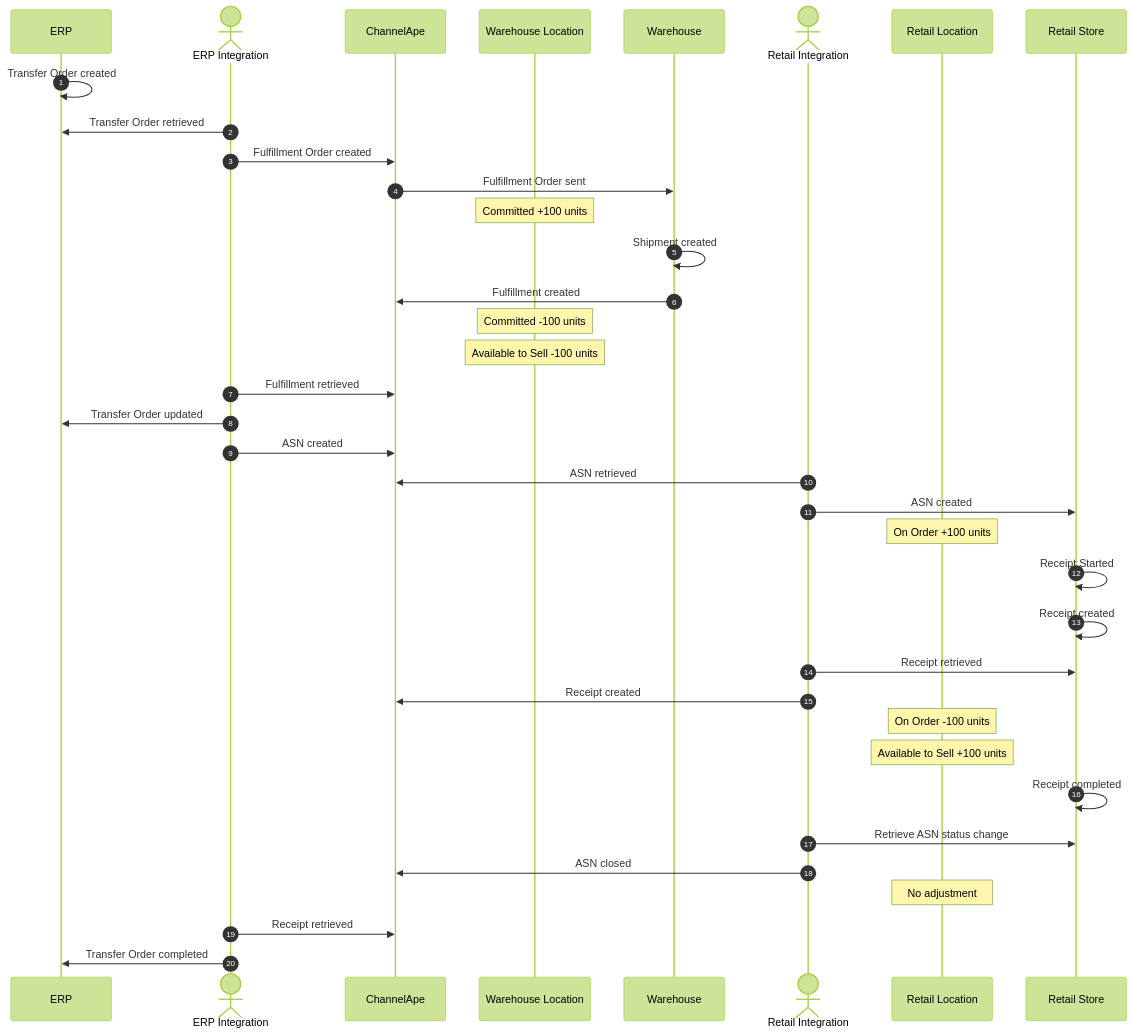
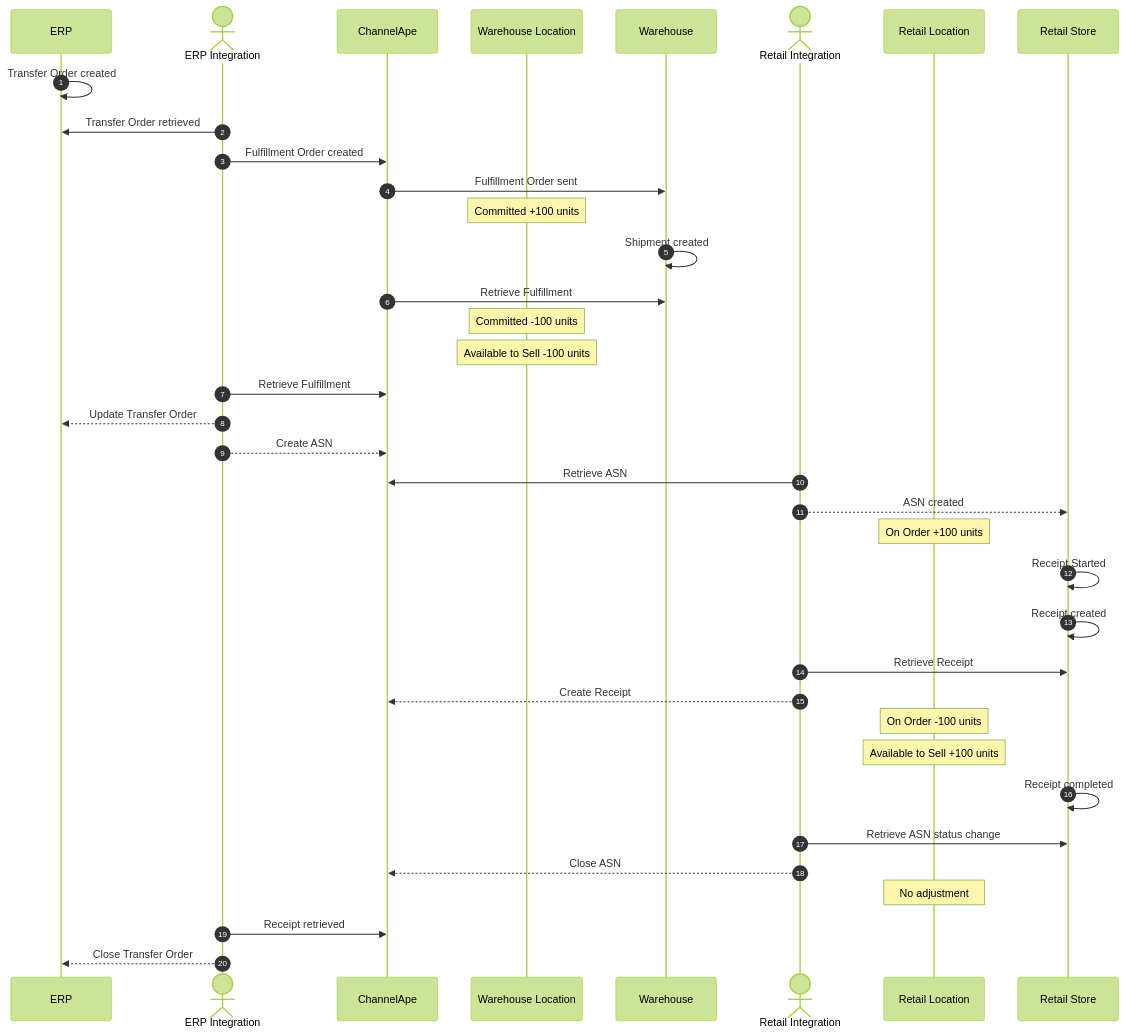
One commit to ChannelApe/channelape-docs changed the first of 6 diagrams in data-flows/transfer-orders/README.md. Above: the diagram before and after it, drawn with Mermaid (forest theme). The commit also changed other lines of this file, not shown here.

Commit message:
Emphasized interconnected flows with dotted lines and changed verbiage

````diff
--- a/data-flows/transfer-orders/README.md
+++ b/data-flows/transfer-orders/README.md
@@ -24,51 +24,51 @@
 ```mermaid
 sequenceDiagram
     autonumber
     participant ERP
     actor ERP Integration
     participant ChannelApe
     participant Warehouse Location
     participant Warehouse
     actor Retail Integration
     participant Retail Location
     participant Retail Store
 
     ERP->>ERP: Transfer Order created
 
     ERP Integration->>ERP: Transfer Order retrieved
     ERP Integration->>ChannelApe: Fulfillment Order created
 
     ChannelApe->>Warehouse: Fulfillment Order sent
     note over Warehouse Location: Committed +100 units
 
     Warehouse->>Warehouse: Shipment created
     
-    Warehouse->>ChannelApe: Fulfillment created
+    ChannelApe->>Warehouse: Retrieve Fulfillment
     note over Warehouse Location: Committed -100 units
     note over Warehouse Location: Available to Sell -100 units
 
-    ERP Integration->>ChannelApe: Fulfillment retrieved
-    ERP Integration->>ERP: Transfer Order updated
-    ERP Integration->>ChannelApe: ASN created
+    ERP Integration->>ChannelApe: Retrieve Fulfillment
+    ERP Integration-->>ERP: Update Transfer Order
+    ERP Integration-->>ChannelApe: Create ASN
     
-    Retail Integration->>ChannelApe: ASN retrieved
-    Retail Integration->>Retail Store: ASN created
+    Retail Integration->>ChannelApe: Retrieve ASN
+    Retail Integration-->>Retail Store: ASN created
     note over Retail Location: On Order +100 units
 
     Retail Store->>Retail Store: Receipt Started
 
     Retail Store->>Retail Store: Receipt created
-    Retail Integration->>Retail Store: Receipt retrieved
-    Retail Integration->>ChannelApe: Receipt created
+    Retail Integration->>Retail Store: Retrieve Receipt
+    Retail Integration-->>ChannelApe: Create Receipt
     note over Retail Location: On Order -100 units
     note over Retail Location: Available to Sell +100 units
 
     Retail Store->>Retail Store: Receipt completed
 
     Retail Integration->>Retail Store: Retrieve ASN status change
-    Retail Integration->>ChannelApe: ASN closed
+    Retail Integration-->>ChannelApe: Close ASN
     note over Retail Location: No adjustment
 
     ERP Integration->>ChannelApe: Receipt retrieved
-    ERP Integration->>ERP: Transfer Order completed
+    ERP Integration-->>ERP: Close Transfer Order
 ```
````
